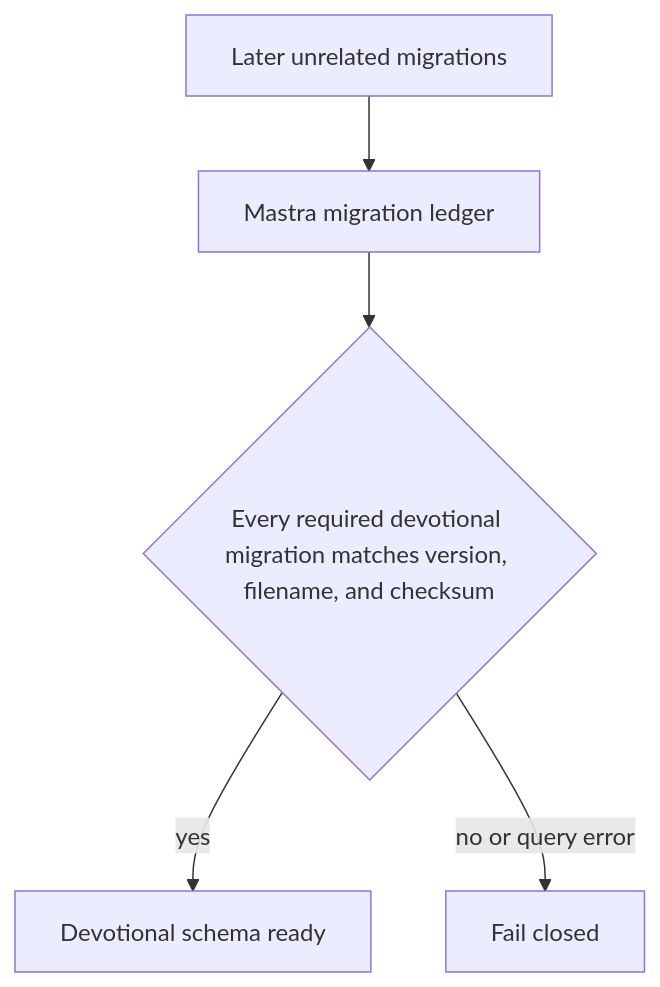
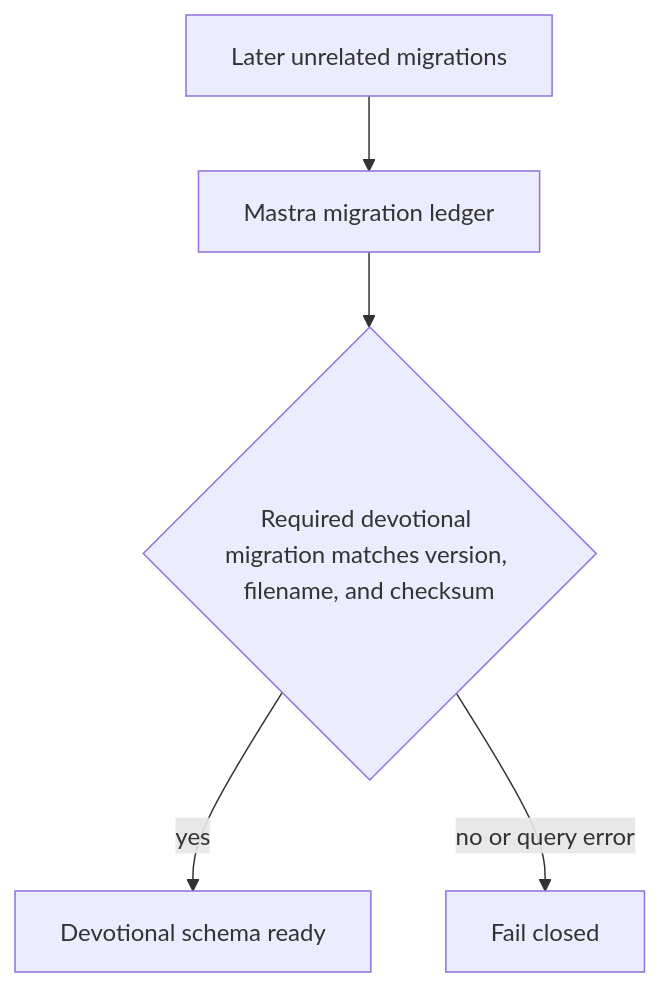
The first of 2 diagrams in docs/plans/2026-08-11-001-fix-devotional-readiness-corpus-contracts-plan.md (JesusFilm/forge), drawn with Mermaid before and after one commit. The commit also changed other lines of this file and 16 other files, not shown here.

````diff
--- a/docs/plans/2026-08-11-001-fix-devotional-readiness-corpus-contracts-plan.md
+++ b/docs/plans/2026-08-11-001-fix-devotional-readiness-corpus-contracts-plan.md
@@ -78,7 +83,7 @@
 ```mermaid
 flowchart TB
-  A["Mastra migration ledger"] --> B{"Every required devotional migration matches version, filename, and checksum"}
+  A["Mastra migration ledger"] --> B{"Required devotional migration matches version, filename, and checksum"}
   B -->|yes| C["Devotional schema ready"]
   B -->|no or query error| D["Fail closed"]
   E["Later unrelated migrations"] --> A
 ```
````
